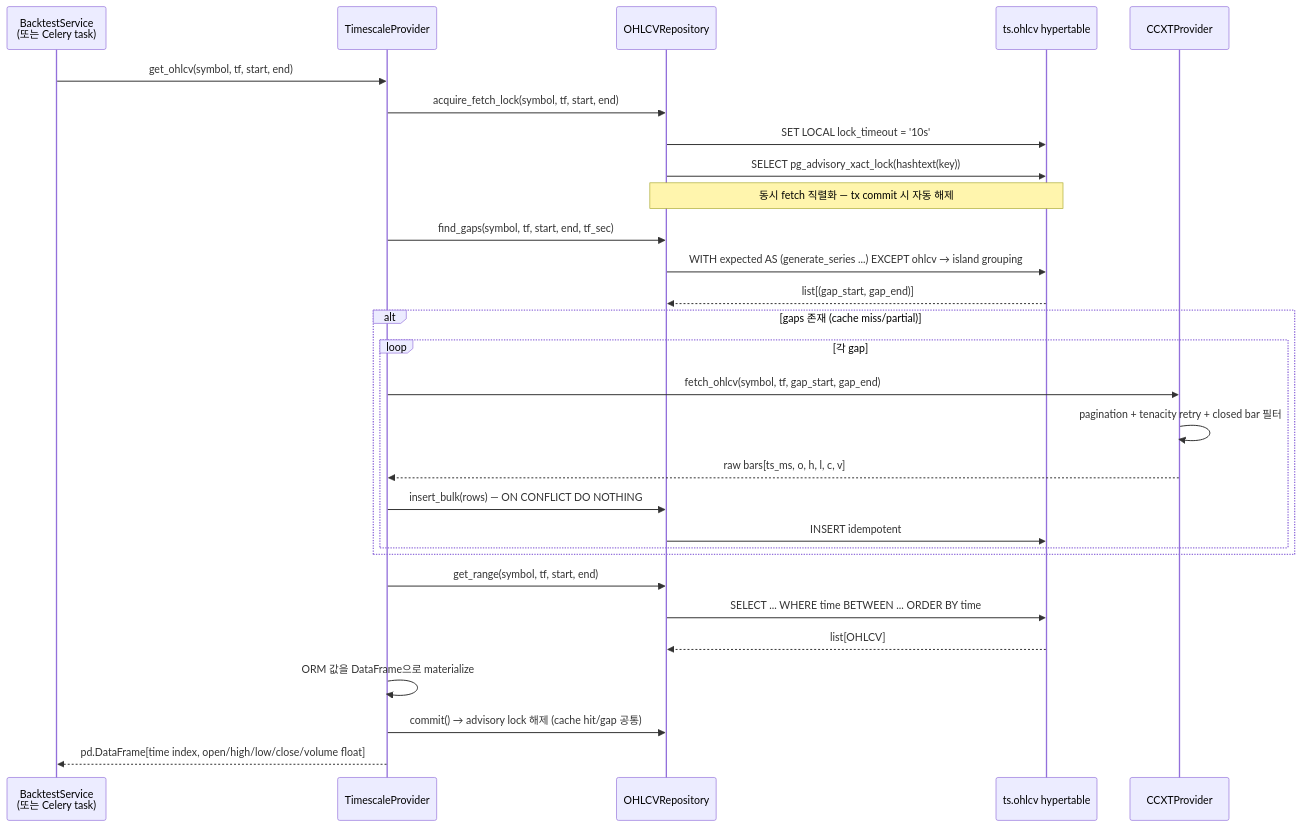
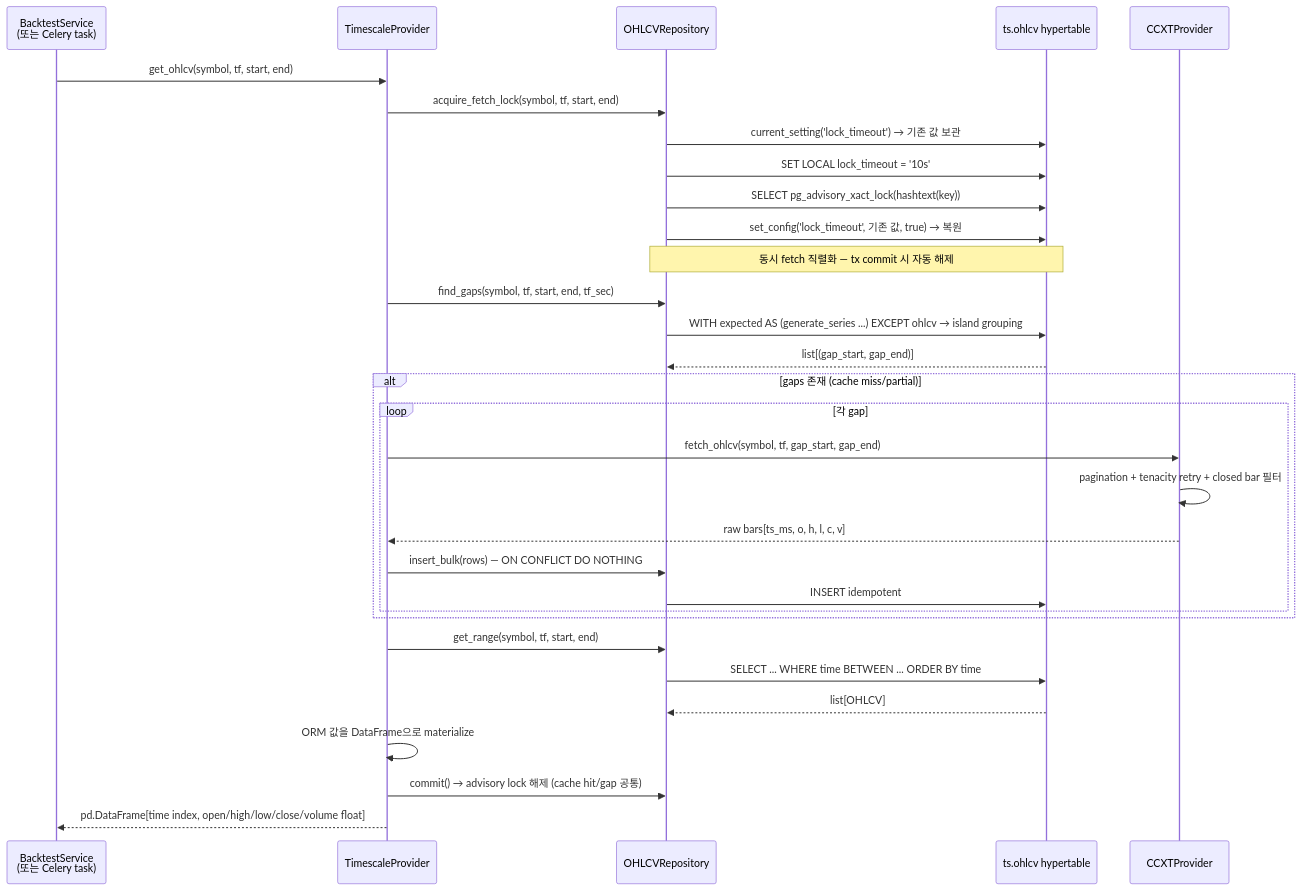
One commit to woosung-dev/quantbridge changed the sixth of 8 diagrams in docs/architecture/data-flow.md. Above: the diagram before and after it, drawn with Mermaid. The commit also changed other lines of this file and 6 other files, not shown here.

Commit message:
fix: restore the prior lock timeout after fetch lock acquisition

````diff
--- a/docs/architecture/data-flow.md
+++ b/docs/architecture/data-flow.md
@@ -226,35 +226,37 @@
 ```mermaid
 sequenceDiagram
     participant Backtest as BacktestService<br/>(또는 Celery task)
     participant TP as TimescaleProvider
     participant Repo as OHLCVRepository
     participant TS as ts.ohlcv hypertable
     participant CCXT as CCXTProvider
 
     Backtest->>TP: get_ohlcv(symbol, tf, start, end)
     TP->>Repo: acquire_fetch_lock(symbol, tf, start, end)
+    Repo->>TS: current_setting('lock_timeout') → 기존 값 보관
     Repo->>TS: SET LOCAL lock_timeout = '10s'
     Repo->>TS: SELECT pg_advisory_xact_lock(hashtext(key))
+    Repo->>TS: set_config('lock_timeout', 기존 값, true) → 복원
     Note over Repo,TS: 동시 fetch 직렬화 — tx commit 시 자동 해제
 
     TP->>Repo: find_gaps(symbol, tf, start, end, tf_sec)
     Repo->>TS: WITH expected AS (generate_series ...) EXCEPT ohlcv → island grouping
     TS-->>Repo: list[(gap_start, gap_end)]
 
     alt gaps 존재 (cache miss/partial)
         loop 각 gap
             TP->>CCXT: fetch_ohlcv(symbol, tf, gap_start, gap_end)
             CCXT->>CCXT: pagination + tenacity retry + closed bar 필터
             CCXT-->>TP: raw bars[ts_ms, o, h, l, c, v]
             TP->>Repo: insert_bulk(rows) — ON CONFLICT DO NOTHING
             Repo->>TS: INSERT idempotent
         end
     end
 
     TP->>Repo: get_range(symbol, tf, start, end)
     Repo->>TS: SELECT ... WHERE time BETWEEN ... ORDER BY time
     TS-->>Repo: list[OHLCV]
     TP->>TP: ORM 값을 DataFrame으로 materialize
     TP->>Repo: commit() → advisory lock 해제 (cache hit/gap 공통)
     TP-->>Backtest: pd.DataFrame[time index, open/high/low/close/volume float]
 ```
````
